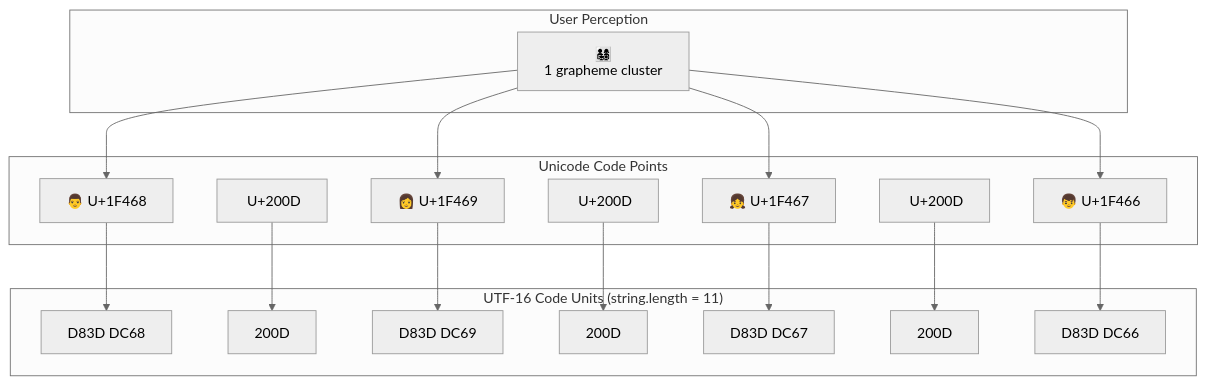
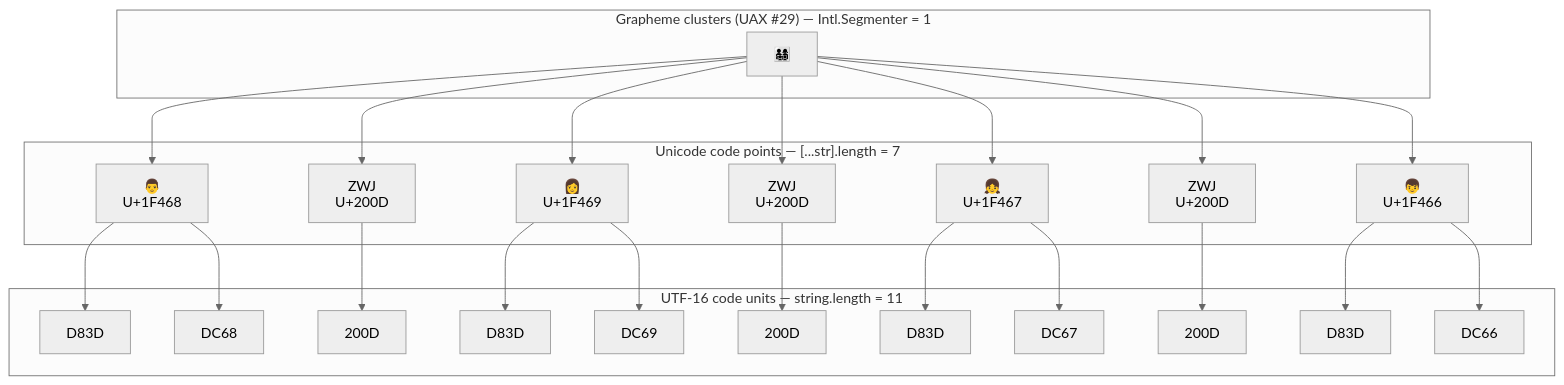
Before and after one commit to sujeet-pro/sujeet.pro: the diagram in content/articles/javascript-string-length/diagrams/text-exists-at-multiple-abstraction-layers-grapheme-clusters-what-users-see-code.mermaid, drawn with Mermaid (neutral theme). The commit also changed 4067 other files, not shown here.

```diff
--- a/content/articles/javascript-string-length/diagrams/text-exists-at-multiple-abstraction-layers-grapheme-clusters-what-users-see-code.mermaid
+++ b/content/articles/javascript-string-length/diagrams/text-exists-at-multiple-abstraction-layers-grapheme-clusters-what-users-see-code.mermaid
@@ -1,36 +1,51 @@
-%% Diagram: Text Exists At Multiple Abstraction Layers Grapheme Clusters What Users See Code
+%% Diagram: Three abstraction layers of a JavaScript string, counted on the family emoji
 %% Type: flowchart
 %%{init: {'htmlLabels': false}}%%
 flowchart TD
-    subgraph "User Perception"
-        G["👨‍👩‍👧‍👦<br/>1 grapheme cluster"]
+    subgraph L1["Grapheme clusters (UAX #29) — Intl.Segmenter = 1"]
+        G["👨‍👩‍👧‍👦"]
     end
 
-    subgraph "Unicode Code Points"
-        CP1["👨 U+1F468"]
-        ZWJ1["‍ U+200D"]
-        CP2["👩 U+1F469"]
-        ZWJ2["‍ U+200D"]
-        CP3["👧 U+1F467"]
-        ZWJ3["‍ U+200D"]
-        CP4["👦 U+1F466"]
+    subgraph L2["Unicode code points — [...str].length = 7"]
+        CP1["👨\nU+1F468"]
+        ZWJ1["ZWJ\nU+200D"]
+        CP2["👩\nU+1F469"]
+        ZWJ2["ZWJ\nU+200D"]
+        CP3["👧\nU+1F467"]
+        ZWJ3["ZWJ\nU+200D"]
+        CP4["👦\nU+1F466"]
     end
 
-    subgraph "UTF-16 Code Units (string.length = 11)"
-        CU1["D83D DC68"]
+    subgraph L3["UTF-16 code units — string.length = 11"]
+        CU1a["D83D"]
+        CU1b["DC68"]
         CU2["200D"]
-        CU3["D83D DC69"]
+        CU3a["D83D"]
+        CU3b["DC69"]
         CU4["200D"]
-        CU5["D83D DC67"]
+        CU5a["D83D"]
+        CU5b["DC67"]
         CU6["200D"]
-        CU7["D83D DC66"]
+        CU7a["D83D"]
+        CU7b["DC66"]
     end
 
-    G --> CP1 & CP2 & CP3 & CP4
-    CP1 --> CU1
+    G --> CP1
+    G --> ZWJ1
+    G --> CP2
+    G --> ZWJ2
+    G --> CP3
+    G --> ZWJ3
+    G --> CP4
+
+    CP1 --> CU1a
+    CP1 --> CU1b
     ZWJ1 --> CU2
-    CP2 --> CU3
+    CP2 --> CU3a
+    CP2 --> CU3b
     ZWJ2 --> CU4
-    CP3 --> CU5
+    CP3 --> CU5a
+    CP3 --> CU5b
     ZWJ3 --> CU6
-    CP4 --> CU7
+    CP4 --> CU7a
+    CP4 --> CU7b
```
